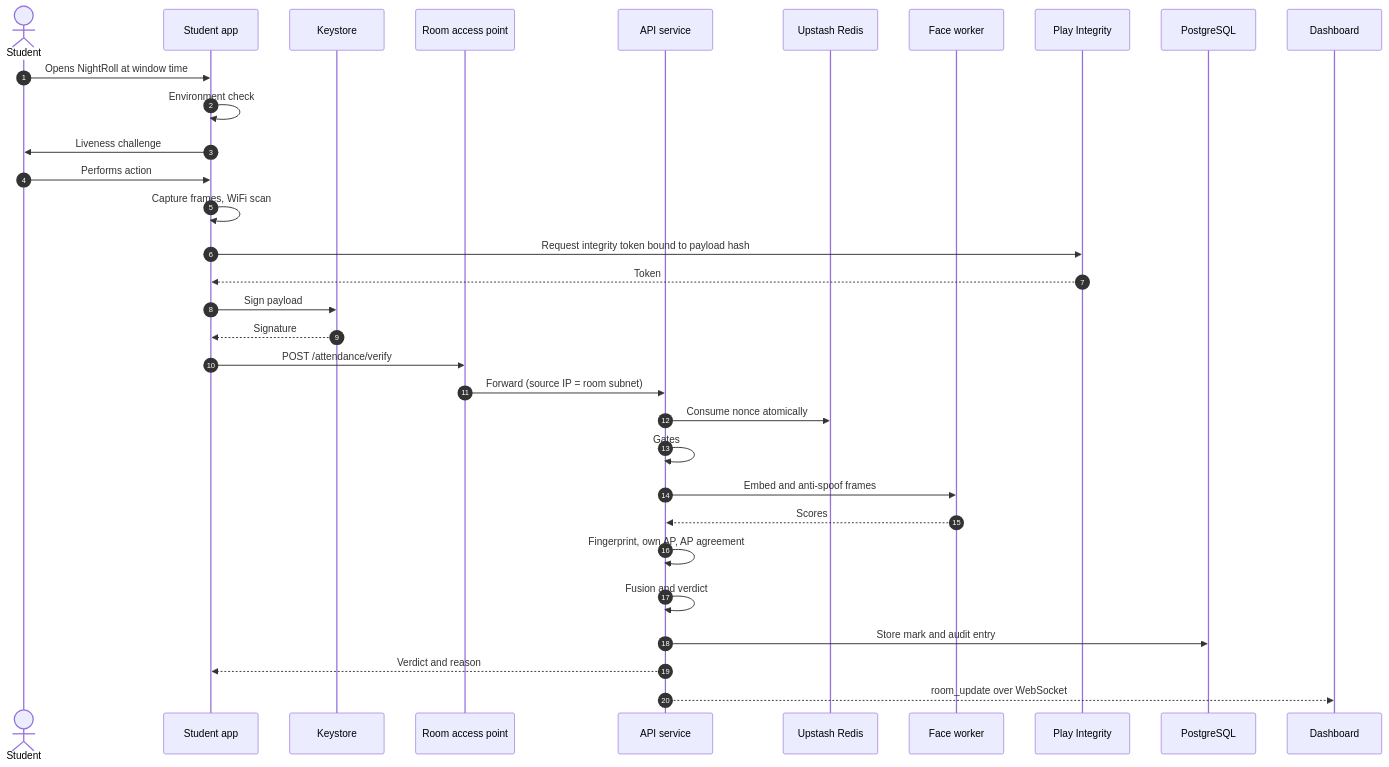
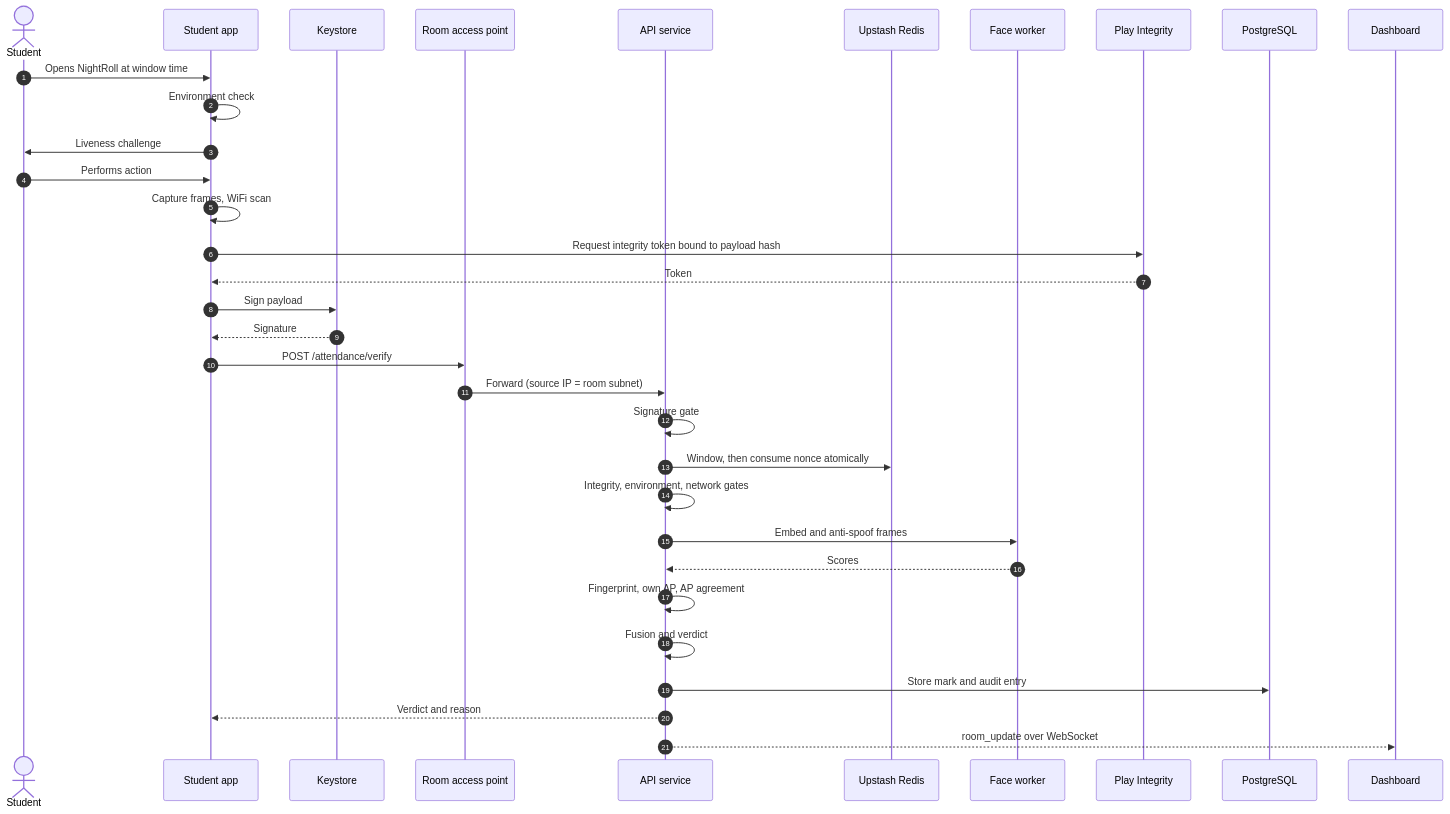
Before and after one commit to Rahul-8283/NightRoll: the sixth of 10 diagrams in docs/architecture.md, drawn with Mermaid. The commit also changed other lines of this file, not shown here.

Commit message:
docs: bring the architecture overview in line with what was built

````diff
--- a/docs/architecture.md
+++ b/docs/architecture.md
@@ -256,35 +256,36 @@
 ```mermaid
 sequenceDiagram
     autonumber
     actor Student
     participant App as Student app
     participant Ks as Keystore
     participant AP as Room access point
     participant API as API service
     participant R as Upstash Redis
     participant Face as Face worker
     participant PI as Play Integrity
     participant DB as PostgreSQL
     participant Dash as Dashboard
 
     Student->>App: Opens NightRoll at window time
     App->>App: Environment check
     App->>Student: Liveness challenge
     Student->>App: Performs action
     App->>App: Capture frames, WiFi scan
     App->>PI: Request integrity token bound to payload hash
     PI-->>App: Token
     App->>Ks: Sign payload
     Ks-->>App: Signature
     App->>AP: POST /attendance/verify
     AP->>API: Forward (source IP = room subnet)
-    API->>R: Consume nonce atomically
-    API->>API: Gates
+    API->>API: Signature gate
+    API->>R: Window, then consume nonce atomically
+    API->>API: Integrity, environment, network gates
     API->>Face: Embed and anti-spoof frames
     Face-->>API: Scores
     API->>API: Fingerprint, own AP, AP agreement
     API->>API: Fusion and verdict
     API->>DB: Store mark and audit entry
     API-->>App: Verdict and reason
     API-->>Dash: room_update over WebSocket
 ```
````
